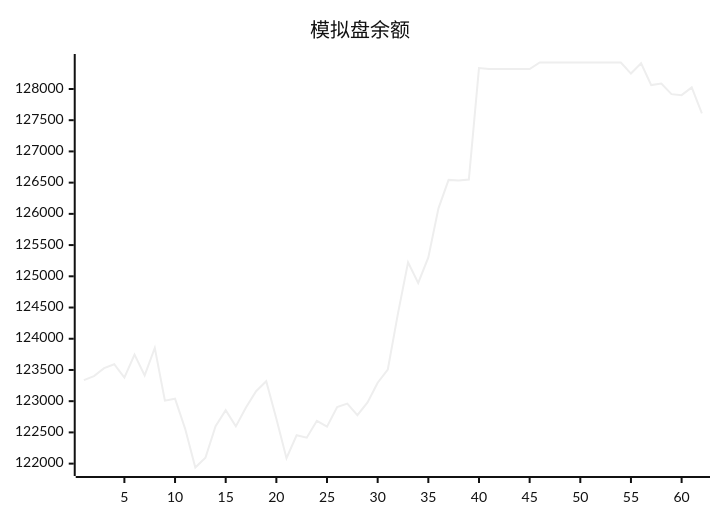
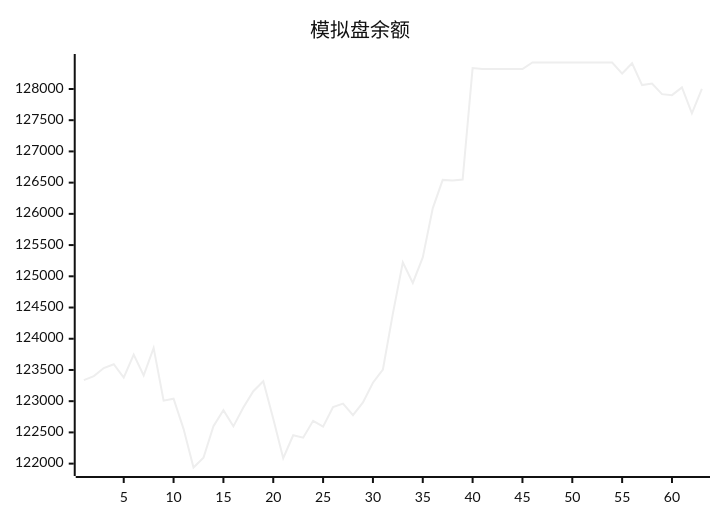
One commit to aahl/mcp-aktools changed the diagram in trading/README.md. Above: the diagram before and after it, drawn with Mermaid (neutral theme). The commit also changed other lines of this file and 1 other file, not shown here.

````diff
--- a/trading/README.md
+++ b/trading/README.md
@@ -3,5 +3,5 @@
 ```mermaid
 xychart
     title "模拟盘余额"
-    line [123338,123402,123530,123592,123378,123745,123413,123853,123009,123040,122557,121938,122095,122599,122856,122597,122898,123160,123319,122719,122087,122454,122416,122685,122592,122907,122961,122776,122981,123295,123507,124403,125224,124894,125303,126088,126544,126534,126549,128335,128318,128318,128318,128318,128318,128424,128424,128424,128424,128424,128424,128424,128424,128424,128247,128412,128062,128087,127917,127901,128026,127611]
+    line [123338,123402,123530,123592,123378,123745,123413,123853,123009,123040,122557,121938,122095,122599,122856,122597,122898,123160,123319,122719,122087,122454,122416,122685,122592,122907,122961,122776,122981,123295,123507,124403,125224,124894,125303,126088,126544,126534,126549,128335,128318,128318,128318,128318,128318,128424,128424,128424,128424,128424,128424,128424,128424,128424,128247,128412,128062,128087,127917,127901,128026,127611,128000]
 ```
````
